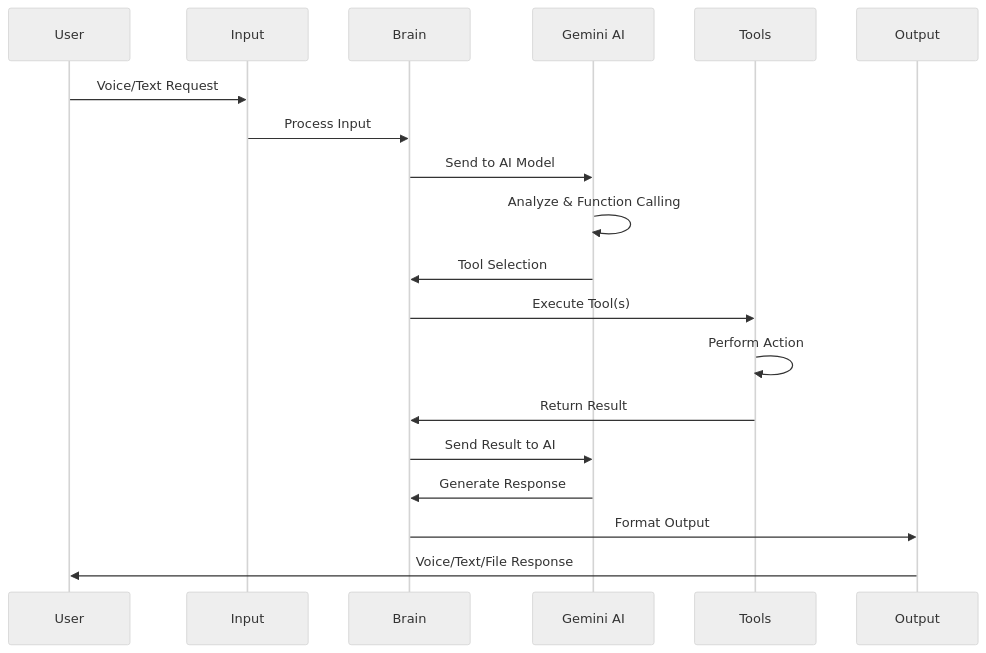
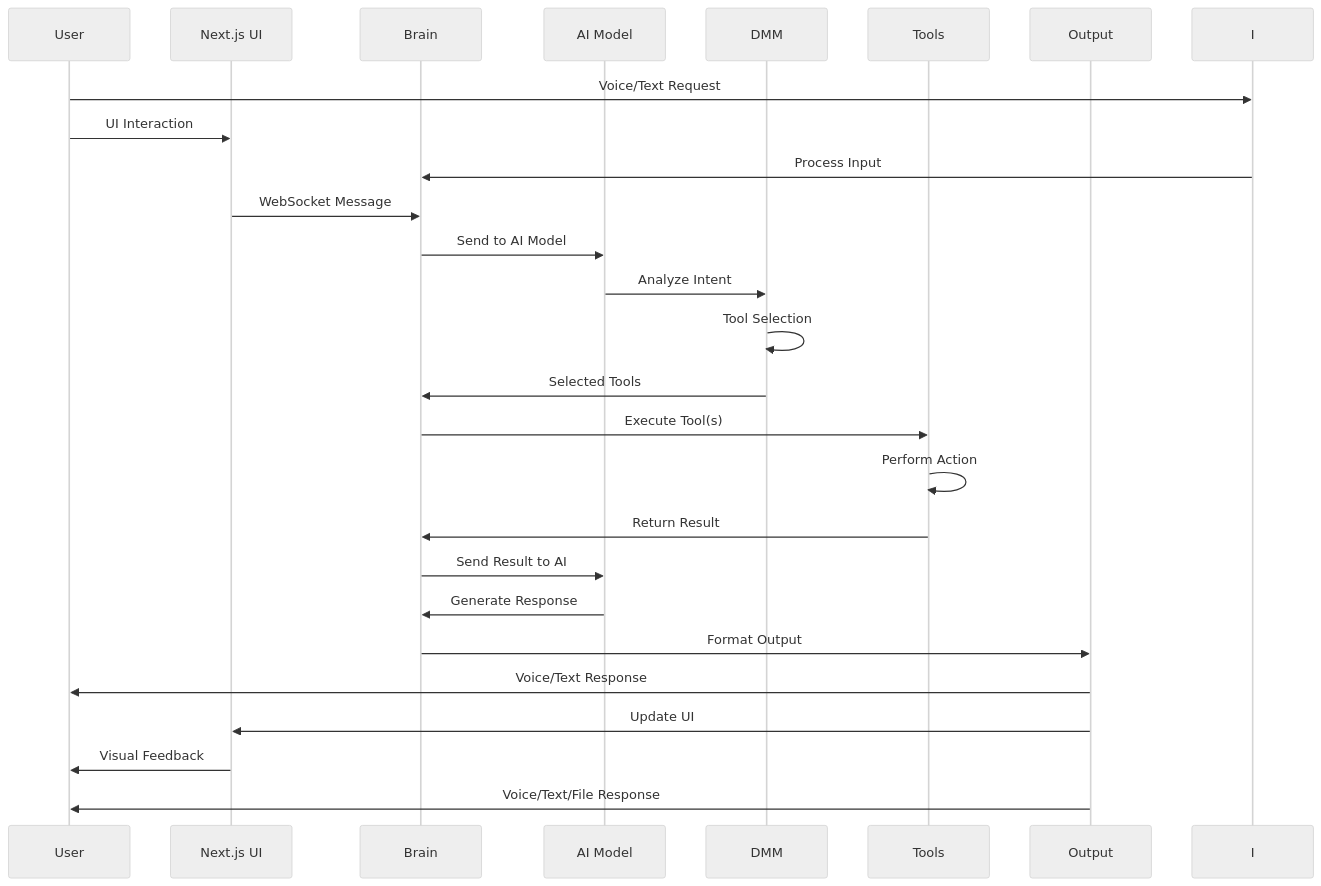
One commit to syedmehfooz47/Friday2 changed the second of 2 diagrams in ARCHITECTURE_OVERVIEW.md. Above: the diagram before and after it, drawn with Mermaid (neutral theme). The commit also changed other lines of this file and 6 other files, not shown here.

First line of the commit message:
feat: Add Decision Making Model (DMM) - proprietary AI engine

````diff
--- a/ARCHITECTURE_OVERVIEW.md
+++ b/ARCHITECTURE_OVERVIEW.md
@@ -100,22 +103,29 @@
 ```mermaid
 sequenceDiagram
     participant U as User
-    participant I as Input
+    participant UI as Next.js UI
     participant B as Brain
-    participant G as Gemini AI
+    participant AI as AI Model
+    participant DMM as DMM
     participant T as Tools
     participant O as Output
     
     U->>I: Voice/Text Request
+    U->>UI: UI Interaction
     I->>B: Process Input
-    B->>G: Send to AI Model
-    G->>G: Analyze & Function Calling
-    G->>B: Tool Selection
+    UI->>B: WebSocket Message
+    B->>AI: Send to AI Model
+    AI->>DMM: Analyze Intent
+    DMM->>DMM: Tool Selection
+    DMM->>B: Selected Tools
     B->>T: Execute Tool(s)
     T->>T: Perform Action
     T->>B: Return Result
-    B->>G: Send Result to AI
-    G->>B: Generate Response
+    B->>AI: Send Result to AI
+    AI->>B: Generate Response
     B->>O: Format Output
+    O->>U: Voice/Text Response
+    O->>UI: Update UI
+    UI->>U: Visual Feedback
     O->>U: Voice/Text/File Response
 ```
````
